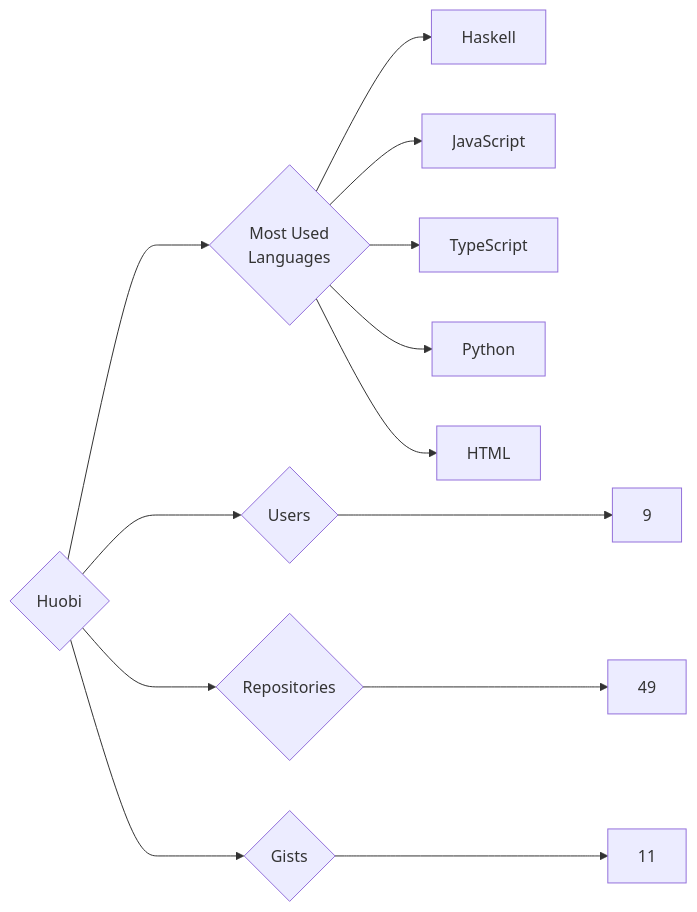
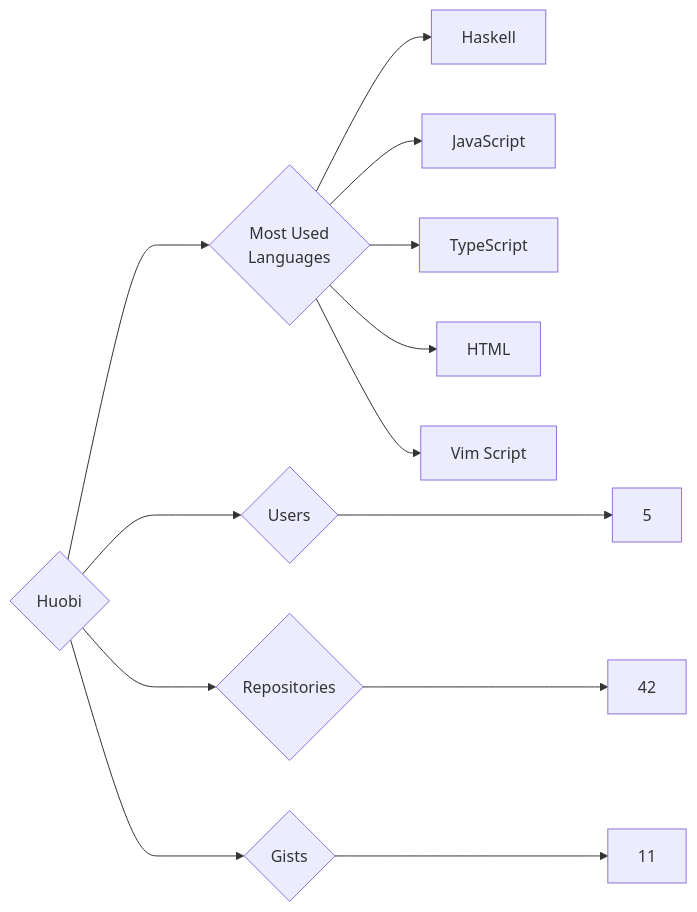
Before and after one commit to trickest/insiders: the diagram in targets/Huobi/README.md, drawn with Mermaid. The commit also changed 1003 other files, not shown here.

````diff
--- a/targets/Huobi/README.md
+++ b/targets/Huobi/README.md
@@ -3,13 +3,13 @@
 ```mermaid
 graph LR
 COMPANY_NAME{Huobi}
-COMPANY_NAME ---> U{Users} ---> UN[9]
-COMPANY_NAME ---> R{Repositories} ---> RN[49]
+COMPANY_NAME ---> U{Users} ---> UN[5]
+COMPANY_NAME ---> R{Repositories} ---> RN[42]
 COMPANY_NAME ---> G{Gists} ---> GN[11]
 COMPANY_NAME ---> ML{Most Used<br>Languages}
 ML --> Haskell[Haskell]
 ML --> JavaScript[JavaScript]
 ML --> TypeScript[TypeScript]
-ML --> Python[Python]
 ML --> HTML[HTML]
+ML --> Vim_Script[Vim Script]
 ```
````
